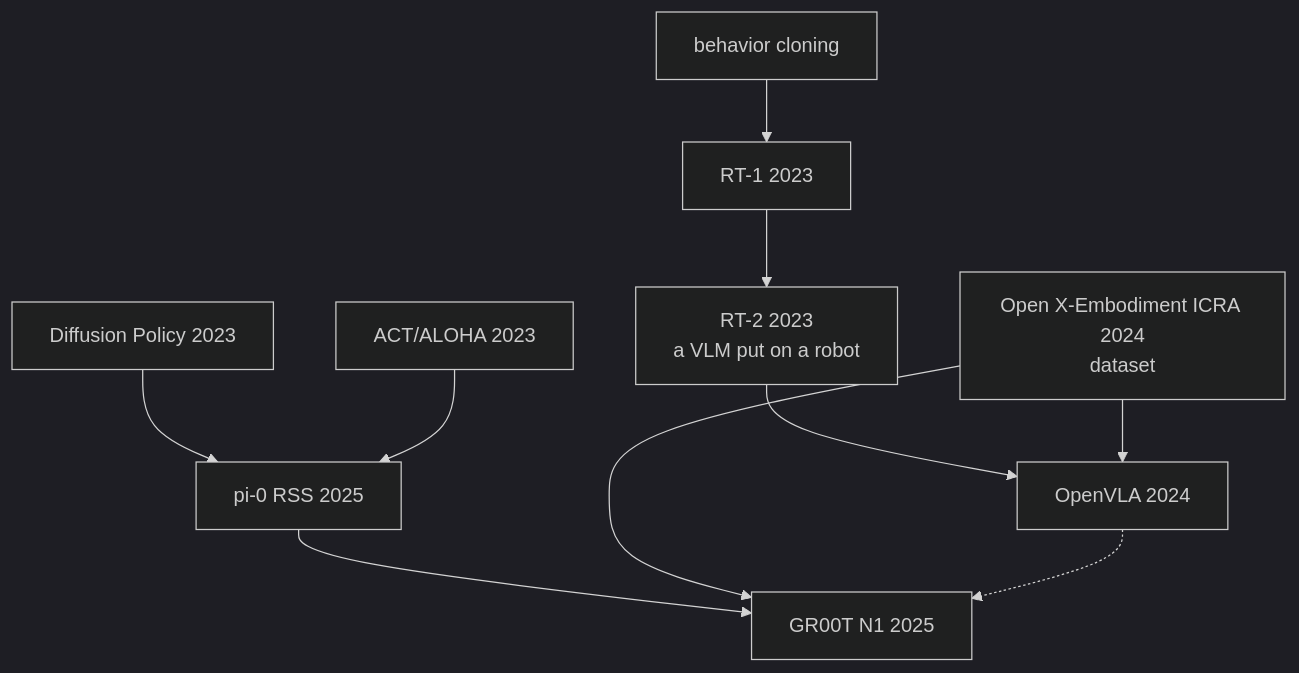
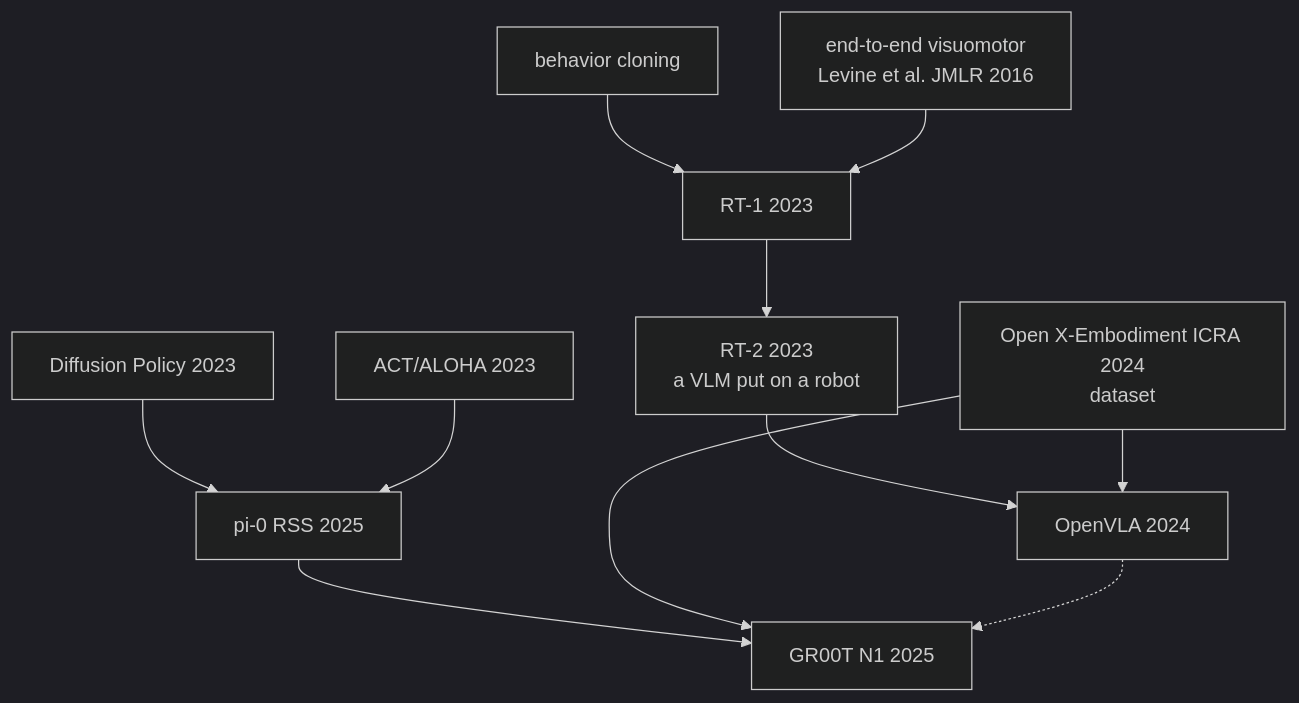
The fifth of 12 diagrams in content/03-deep-learning/lineage.md (jiseop-byeon/phd-wiki), drawn with Mermaid (dark theme) before and after one commit. The commit also changed other lines of this file and 4 other files, not shown here.

````diff
--- a/content/03-deep-learning/lineage.md
+++ b/content/03-deep-learning/lineage.md
@@ -88,12 +88,13 @@
 ```mermaid
 graph TD
     BCE["behavior cloning"] --> RT1E["RT-1 2023"]
+    E2EE["end-to-end visuomotor<br/>Levine et al. JMLR 2016"] --> RT1E
     RT1E --> RT2E["RT-2 2023<br/>a VLM put on a robot"]
     DPE["Diffusion Policy 2023"] --> Pi0E2["pi-0 RSS 2025"]
     ACTE["ACT/ALOHA 2023"] --> Pi0E2
     RT2E --> OpenVLAE["OpenVLA 2024"]
     OXEE["Open X-Embodiment ICRA 2024<br/>dataset"] --> OpenVLAE
     Pi0E2 --> GR00TE["GR00T N1 2025"]
     OXEE --> GR00TE
     OpenVLAE -.-> GR00TE
 ```
````
